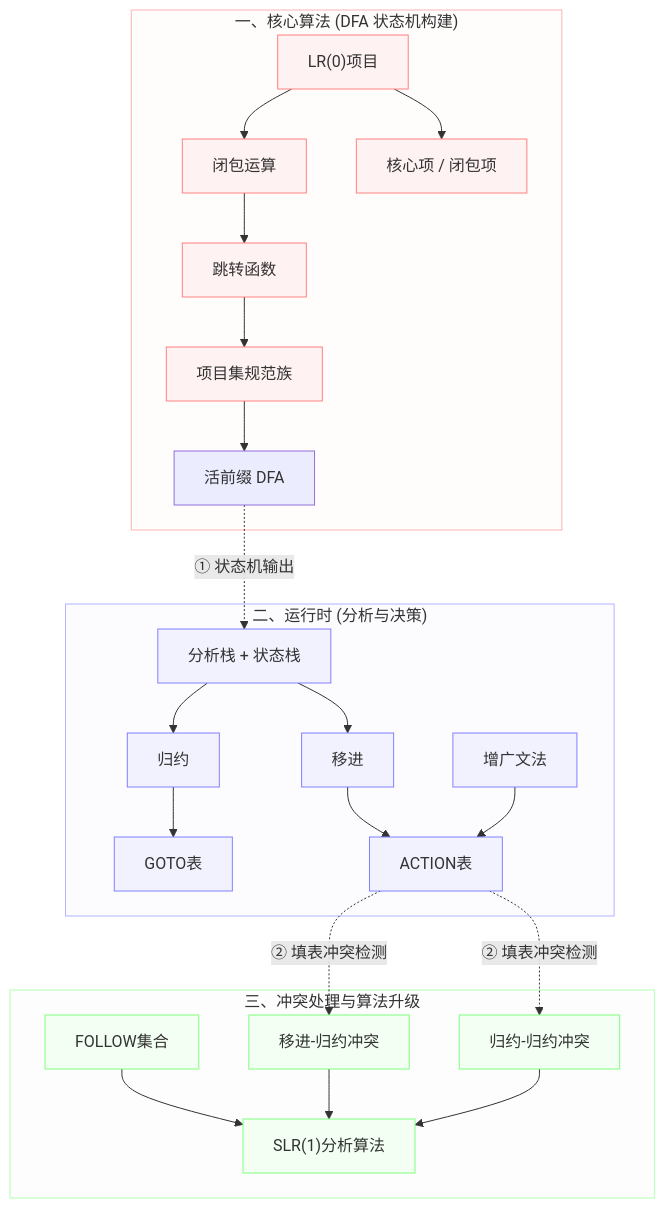
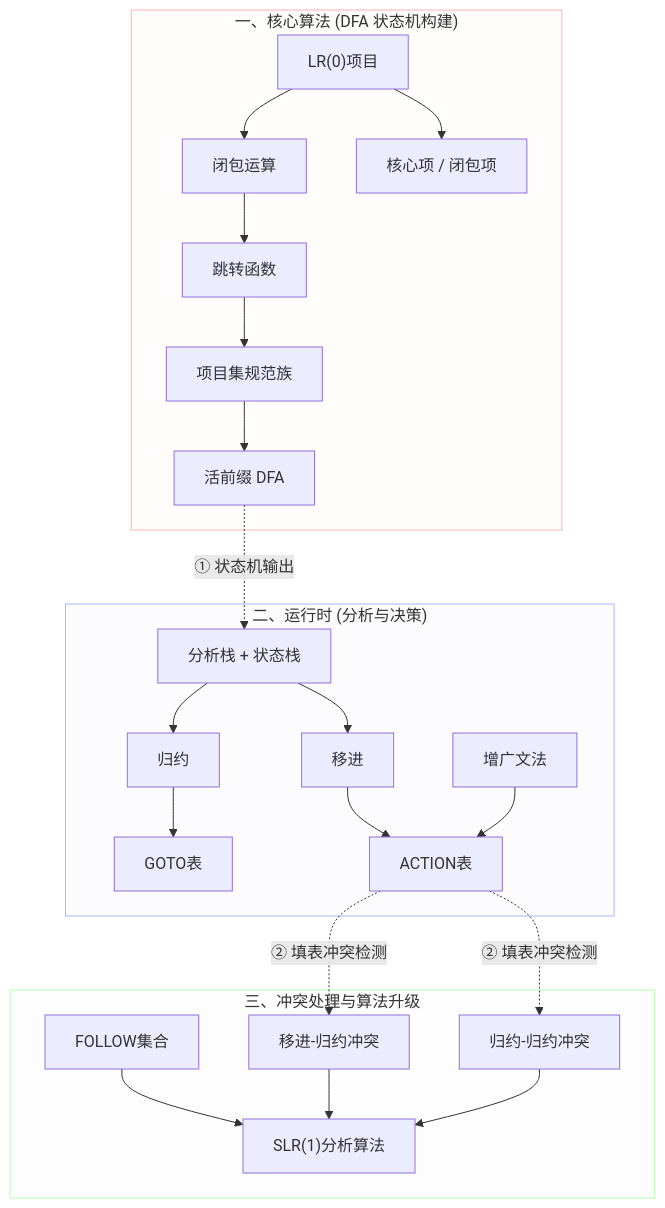
The second of 2 diagrams in public/notes/01_藏经阁（知识库）/格物院（课程与学科）/编译原理/03_语法分析/03_自底向上分析/自底向上语法分析.md (Singularity-Ye/Blog-pro), drawn with Mermaid before and after one commit. The commit also changed 6 other files, not shown here.

Commit message:
style(flowchart): synchronize notes and remove classDef configurations from compiled notes

````diff
--- a/public/notes/01_藏经阁（知识库）/格物院（课程与学科）/编译原理/03_语法分析/03_自底向上分析/自底向上语法分析.md
+++ b/public/notes/01_藏经阁（知识库）/格物院（课程与学科）/编译原理/03_语法分析/03_自底向上分析/自底向上语法分析.md
@@ -188,73 +188,54 @@
 ```mermaid
 flowchart TD
-    classDef coreNode fill:#fff2f2,stroke:#ff8080,stroke-width:1px;
-    classDef runNode fill:#f2f2ff,stroke:#8080ff,stroke-width:1px;
-    classDef conflictNode fill:#f2fff2,stroke:#80ff80,stroke-width:1px;
-
     subgraph Core["一、核心算法 (DFA 状态机构建)"]
         Item["LR(0)项目"] --> Closure["闭包运算"]
         Closure --> Goto["跳转函数"]
         Goto --> Collection["项目集规范族"]
         Collection --> DFA["活前缀 DFA"]
         Item --> CoreItem["核心项 / 闭包项"]
     end
     
     subgraph Run["二、运行时 (分析与决策)"]
         Stack["分析栈 + 状态栈"] --> Shift["移进"]
         Stack --> Reduce["归约"]
         Reduce --> GotoTable["GOTO表"]
         Shift --> ActionTable["ACTION表"]
         Augment["增广文法"] --> ActionTable
     end
     
     subgraph Conflict["三、冲突处理与算法升级"]
         Follow["FOLLOW集合"] --> SLR["SLR(1)分析算法"]
         SR["移进-归约冲突"] --> SLR
         RR["归约-归约冲突"] --> SLR
     end
 
     %% 跨阶段逻辑关联
     DFA -.->|① 状态机输出| Stack
     ActionTable -.->|② 填表冲突检测| SR
     ActionTable -.->|② 填表冲突检测| RR
 
     %% 节点样式与 Obsidian 双链应用
-    class Item coreNode;
-    class Closure coreNode;
-    class Goto coreNode;
-    class Collection coreNode;
-    class CoreItem coreNode;
-    class Stack runNode;
-    class Shift runNode;
-    class Reduce runNode;
-    class GotoTable runNode;
-    class ActionTable runNode;
-    class Augment runNode;
-    class Follow conflictNode;
-    class SLR conflictNode;
-    class SR conflictNode;
-    class RR conflictNode;
     class Item,Closure,Goto,Collection,CoreItem,Shift,Reduce,GotoTable,ActionTable,Augment,Follow,SLR,SR,RR internal-link;
 
     style Core fill:#fffcfc,stroke:#ffb3b3,stroke-width:1px
     style Run fill:#fcfcff,stroke:#b3b3ff,stroke-width:1px
     style Conflict fill:#fcfdfc,stroke:#b3ffb3,stroke-width:1px
 
     %% 交互式双链跳转
     click Item "LR(0)项目"
     click Closure "闭包运算"
     click Goto "跳转函数"
     click Collection "项目集规范族"
     click CoreItem "核心项"
     
     click Shift "移进"
     click Reduce "归约"
     click GotoTable "GOTO表"
     click ActionTable "ACTION表"
     click Augment "增广文法"
     
     click Follow "FOLLOW集合"
     click SLR "SLR(1)分析算法"
     click SR "移进-归约冲突"
     click RR "归约-归约冲突"
 ```
````
